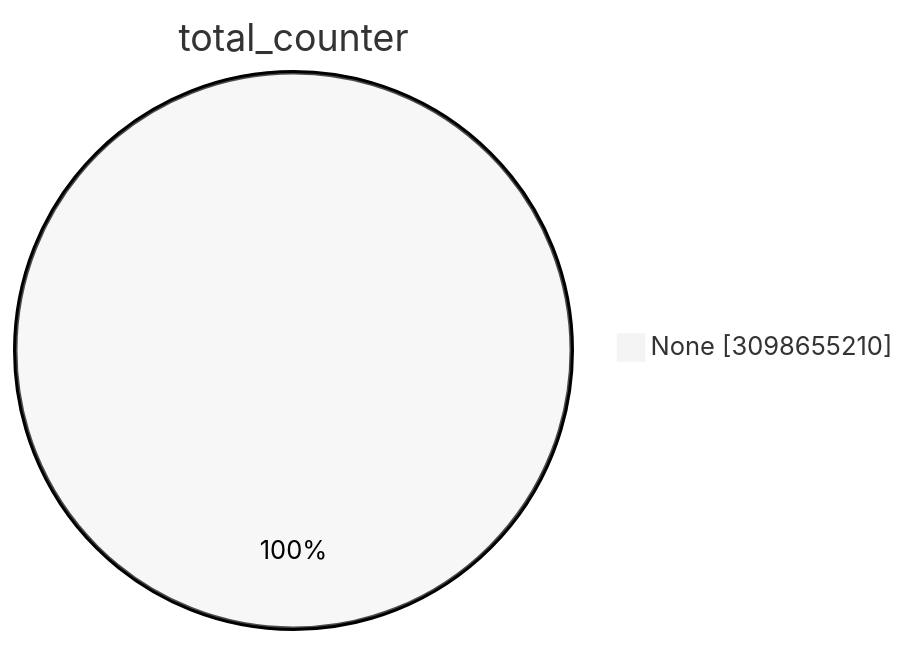
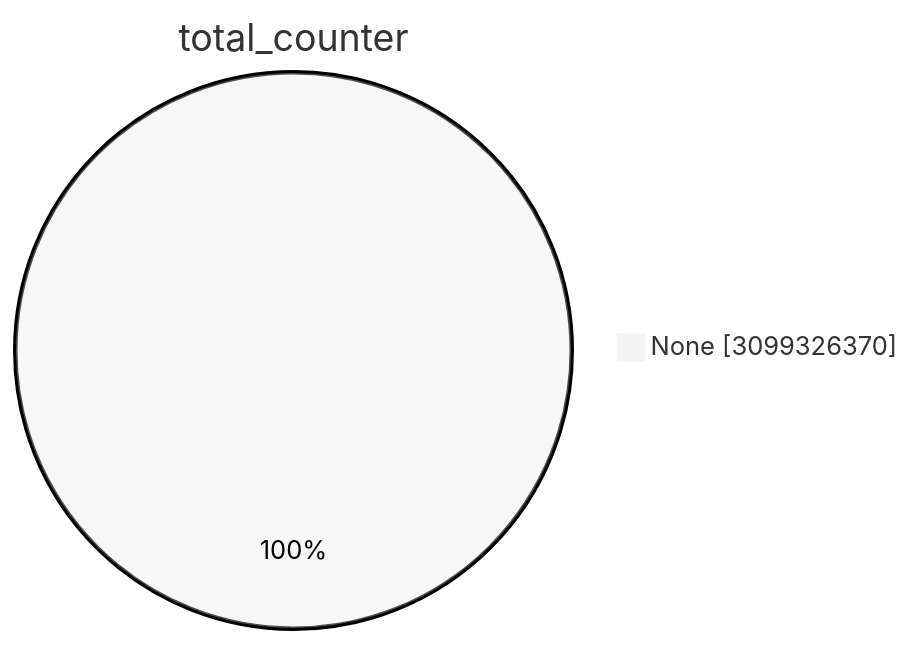
The first of 15 diagrams in TOTAL/README.md (christiankrug/ctmonitor_visualization), drawn with Mermaid (neutral theme) before and after one commit. The commit also changed other lines of this file, not shown here.

````diff
--- a/TOTAL/README.md
+++ b/TOTAL/README.md
@@ -1,5 +1,5 @@
 ```mermaid
 pie showData
 title total_counter
-"None" :3098655210
+"None" :3099326370
 ```
````
